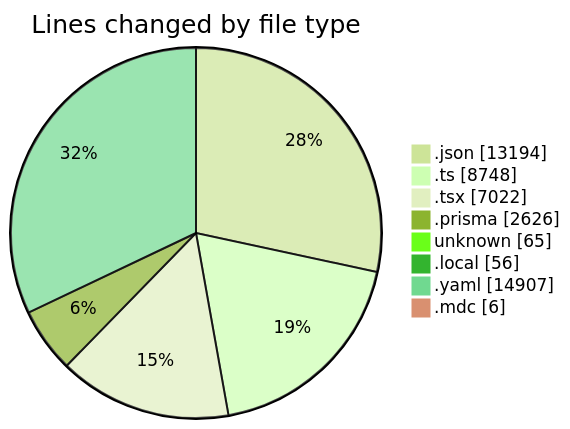
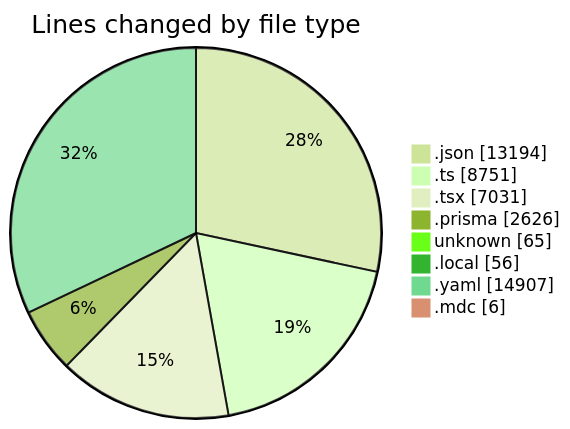
Before and after one commit to CELIANVF/code-tracking: the first of 2 diagrams in 2025-05-15/ecodeli-1/README.md, drawn with Mermaid (forest theme). The commit also changed other lines of this file and 1 other file, not shown here.

````diff
--- a/2025-05-15/ecodeli-1/README.md
+++ b/2025-05-15/ecodeli-1/README.md
@@ -67,12 +67,12 @@
 ```mermaid
 pie showData
 title Lines changed by file type
 ".json" : 13194
-".ts" : 8748
-".tsx" : 7022
+".ts" : 8751
+".tsx" : 7031
 ".prisma" : 2626
 "unknown" : 65
 ".local" : 56
 ".yaml" : 14907
 ".mdc" : 6
 ```
````
